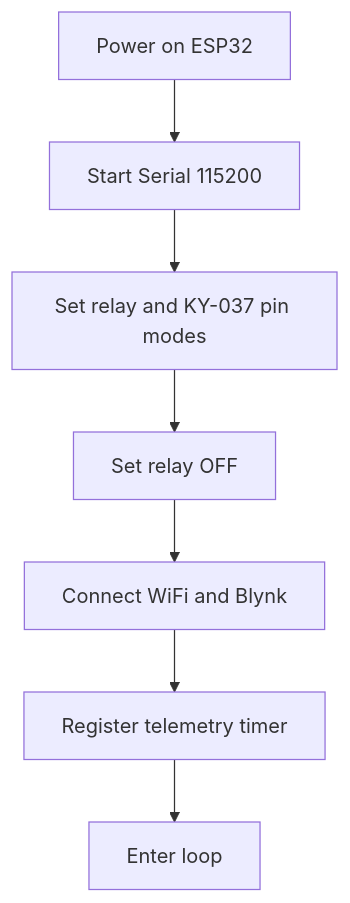
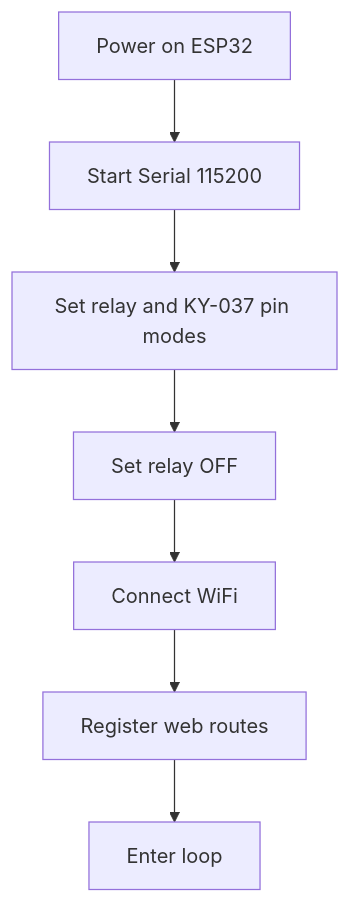
The first of 3 diagrams in docs/flow-overview.md (fatidaprilian/ClapControl-IoT), drawn with Mermaid before and after one commit. The commit also changed other lines of this file and 17 other files, not shown here.

First line of the commit message:
Refactor ClapControl IoT to use local web dashboard instead of Blynk

````diff
--- a/docs/flow-overview.md
+++ b/docs/flow-overview.md
@@ -5,9 +5,9 @@
 ```mermaid
 flowchart TD
   A[Power on ESP32] --> B[Start Serial 115200]
   B --> C[Set relay and KY-037 pin modes]
   C --> D[Set relay OFF]
-  D --> E[Connect WiFi and Blynk]
-  E --> F[Register telemetry timer]
+  D --> E[Connect WiFi]
+  E --> F[Register web routes]
   F --> G[Enter loop]
 ```
````
